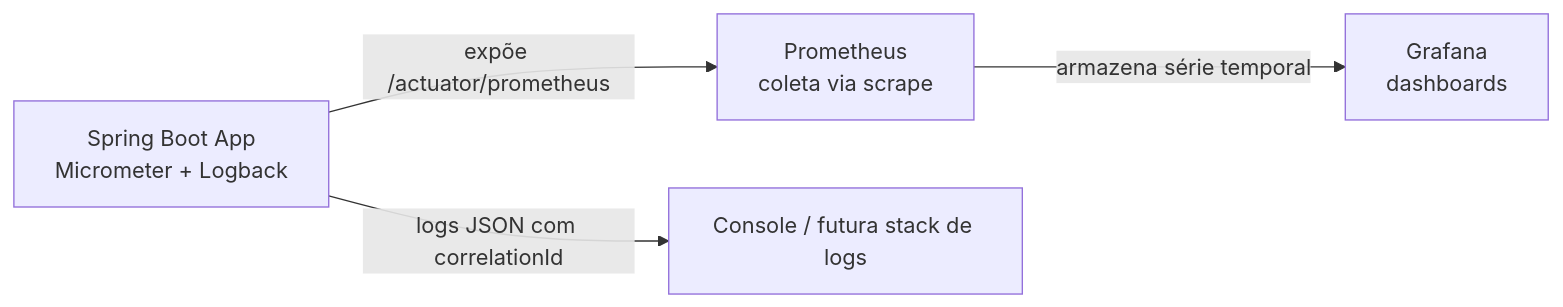
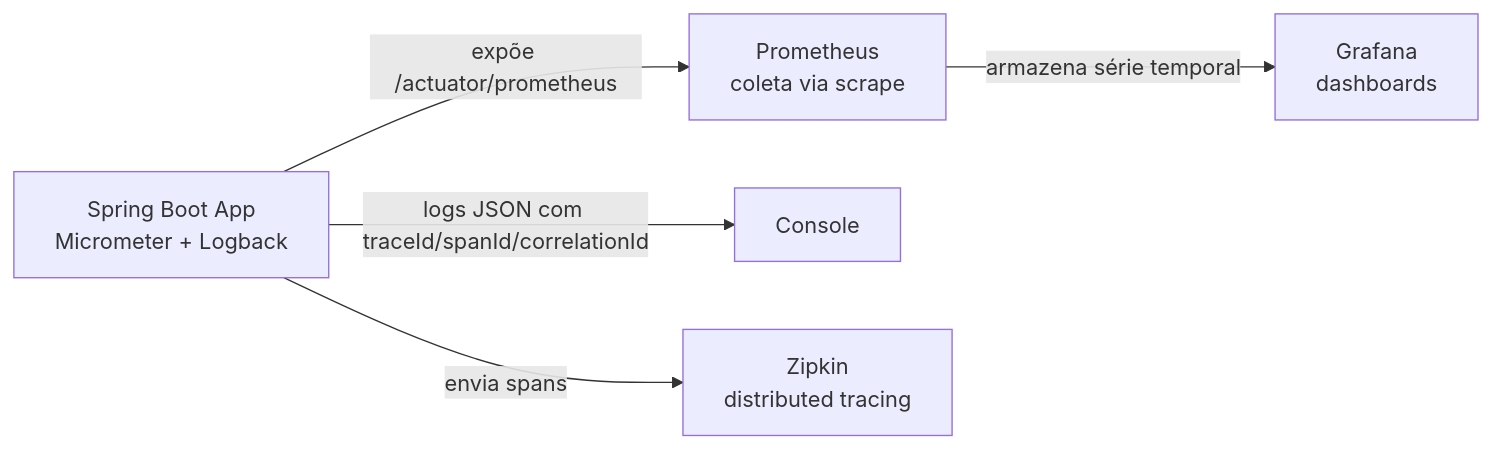
One commit to engenheiromuniz/observability-demo changed the diagram in README.md. Above: the diagram before and after it, drawn with Mermaid. The commit also changed other lines of this file and 6 other files, not shown here.

Commit message:
docs: atualiza README com tracing, correlacao logs-traces e vocabulario SRE

````diff
--- a/README.md
+++ b/README.md
@@ -12,6 +12,7 @@
 ```mermaid
 flowchart LR
     A[Spring Boot App<br/>Micrometer + Logback] -->|expõe /actuator/prometheus| B[Prometheus<br/>coleta via scrape]
     B -->|armazena série temporal| C[Grafana<br/>dashboards]
-    A -->|logs JSON com correlationId| D[Console / futura stack de logs]
+    A -->|logs JSON com traceId/spanId/correlationId| D[Console]
+    A -->|envia spans| E[Zipkin<br/>distributed tracing]
 ```
````
